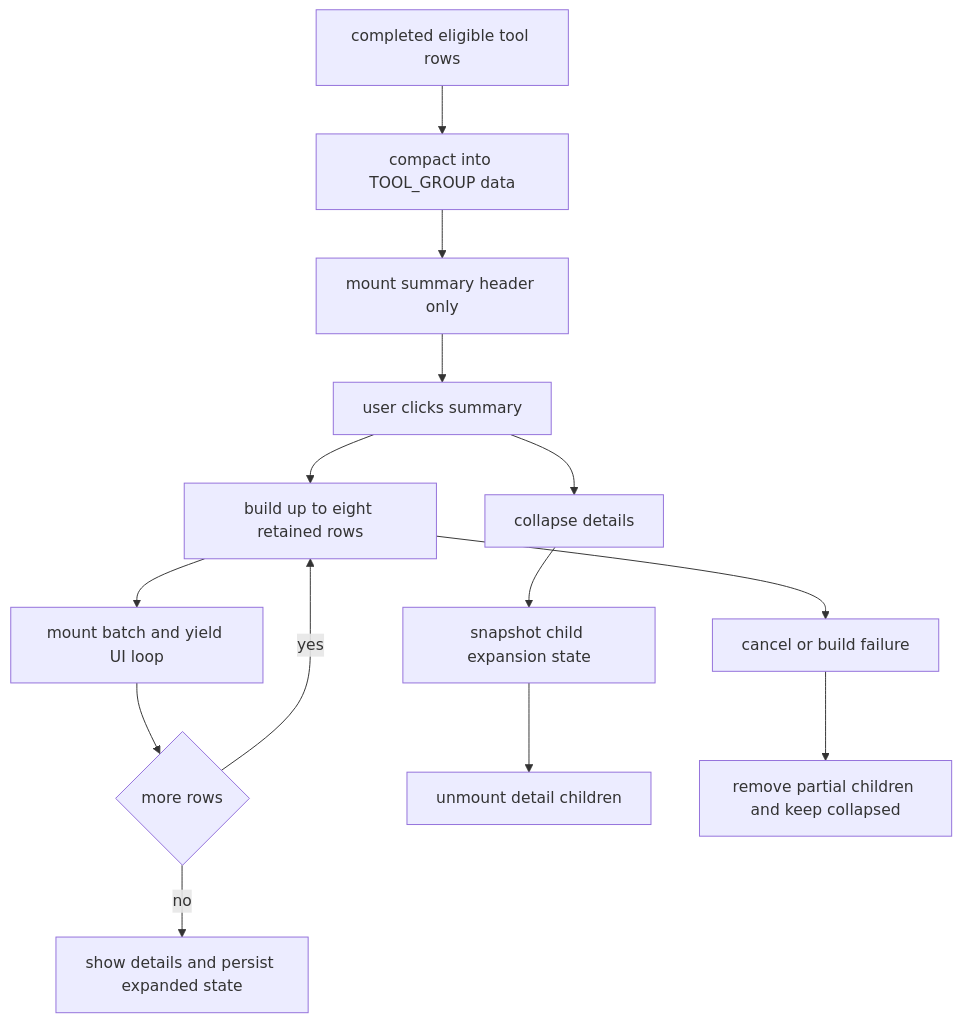
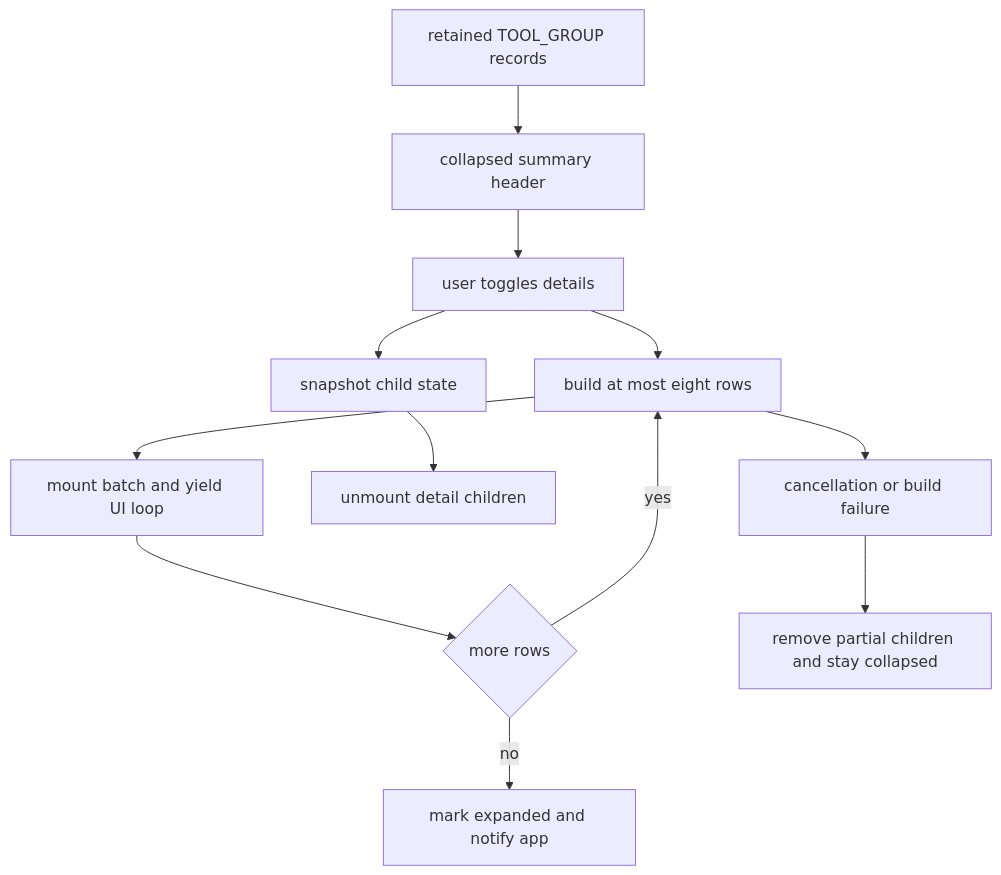
One commit to langchain-ai/deepagents changed the second of 2 diagrams in openwiki/architecture/code-agent.md. Above: the diagram before and after it, drawn with Mermaid. The commit also changed other lines of this file and 25 other files, not shown here.

````diff
--- a/openwiki/architecture/code-agent.md
+++ b/openwiki/architecture/code-agent.md
@@ -101,16 +141,14 @@
 ```mermaid
 flowchart TD
-    A["completed eligible tool rows"] --> B["compact into TOOL_GROUP data"]
-    B --> C["mount summary header only"]
-    C --> D["user clicks summary"]
-    D --> E["build up to eight retained rows"]
-    E --> F["mount batch and yield UI loop"]
-    F --> G{"more rows"}
-    G -->|yes| E
-    G -->|no| H["show details and persist expanded state"]
-    D --> I["collapse details"]
-    I --> J["snapshot child expansion state"]
-    J --> K["unmount detail children"]
-    E --> L["cancel or build failure"]
-    L --> M["remove partial children and keep collapsed"]
+    Records["retained TOOL_GROUP records"] --> Header["collapsed summary header"]
+    Header --> Click["user toggles details"]
+    Click --> Batch["build at most eight rows"]
+    Batch --> Mount["mount batch and yield UI loop"]
+    Mount --> More{"more rows"}
+    More -->|yes| Batch
+    More -->|no| Expanded["mark expanded and notify app"]
+    Click --> Collapse["snapshot child state"]
+    Collapse --> Remove["unmount detail children"]
+    Batch --> Failure["cancellation or build failure"]
+    Failure --> Clean["remove partial children and stay collapsed"]
 ```
````
